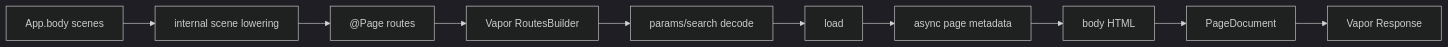
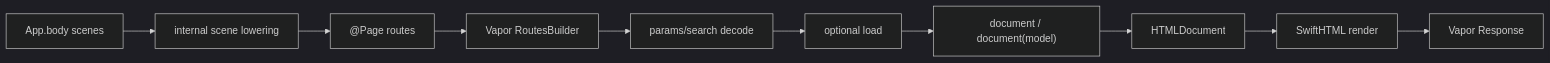
Before and after one commit to 1amageek/swift-web: the first of 11 diagrams in Sources/SwiftWebRuntime/Core/README.md, drawn with Mermaid (dark theme). The commit also changed other lines of this file and 253 other files, not shown here.

Commit message:
Complete SwiftHTML migration and harden browser runtime

````diff
--- a/Sources/SwiftWebRuntime/Core/README.md
+++ b/Sources/SwiftWebRuntime/Core/README.md
@@ -42,12 +42,12 @@
 ```mermaid
 flowchart LR
   A["App.body scenes"] --> B["internal scene lowering"]
   B --> C["@Page routes"]
   C --> D["Vapor RoutesBuilder"]
   D --> E["params/search decode"]
-  E --> F["load"]
-  F --> G["async page metadata"]
-  G --> H["body HTML"]
-  H --> I["PageDocument"]
+  E --> F["optional load"]
+  F --> G["document / document(model)"]
+  G --> H["HTMLDocument"]
+  H --> I["SwiftHTML render"]
   I --> J["Vapor Response"]
 ```
````
